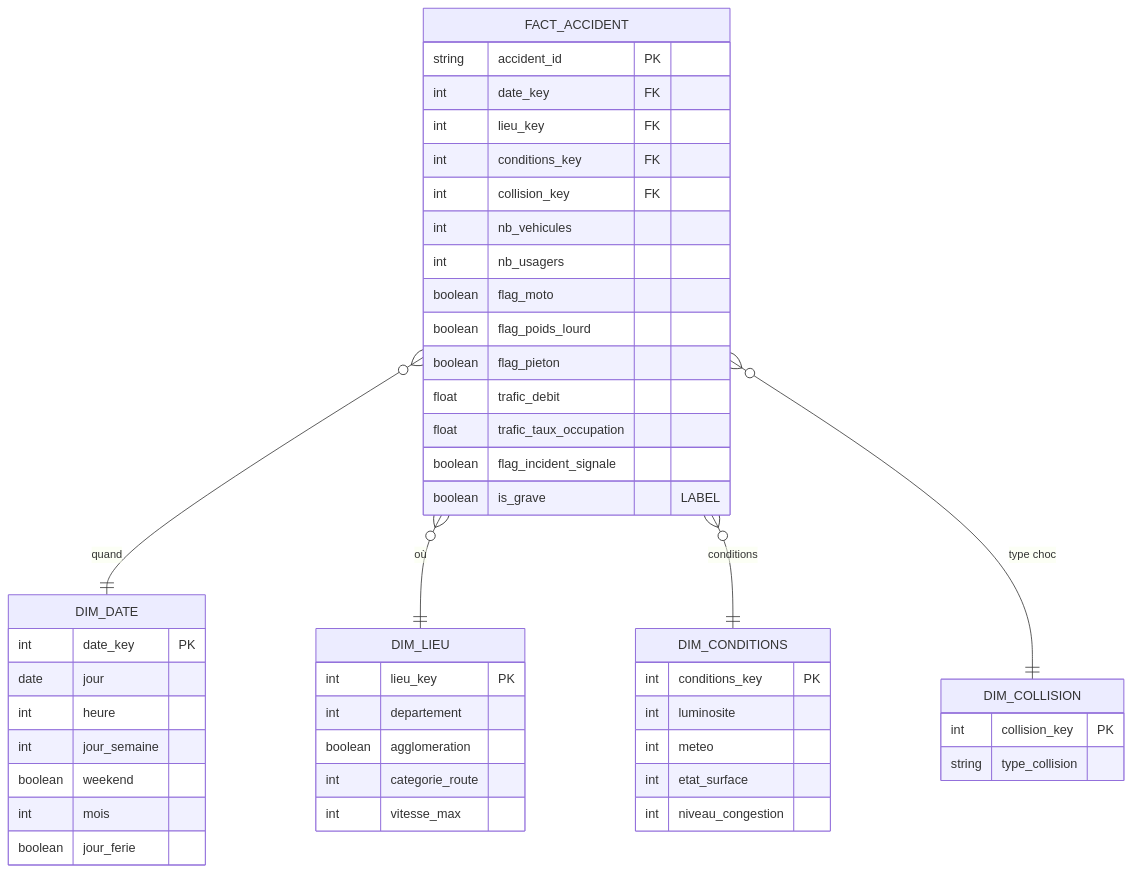
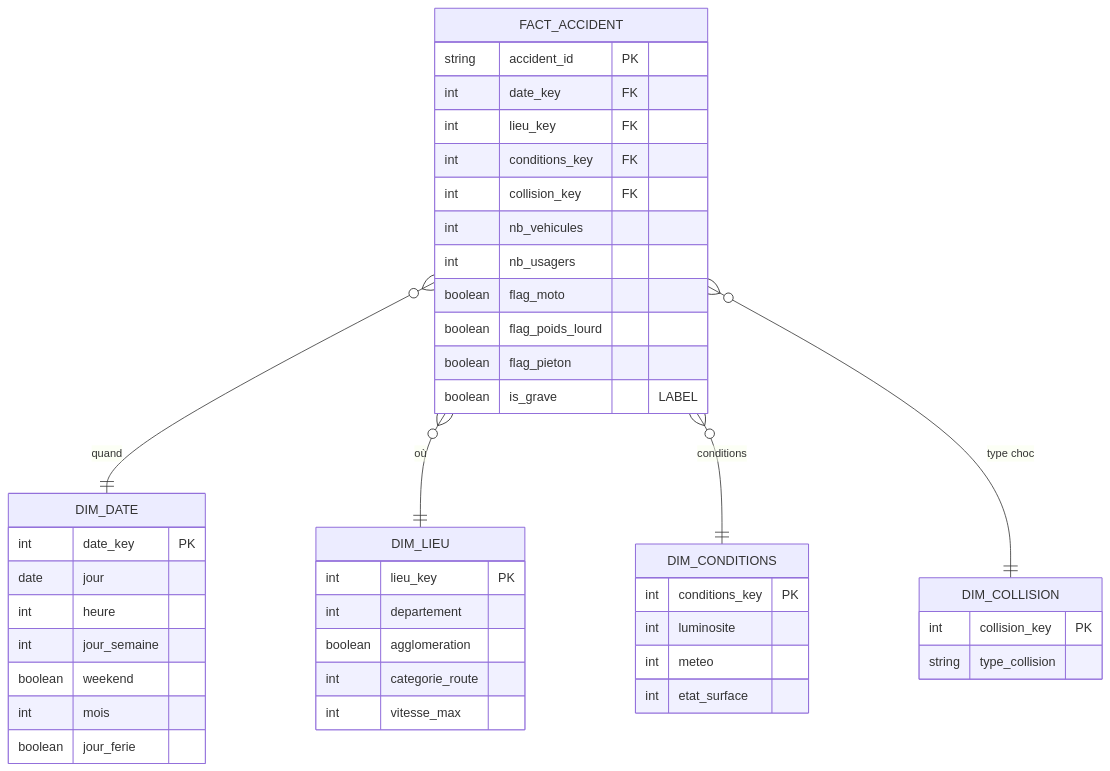
One commit to VigiRoute/gravia changed the third of 4 diagrams in docs/Architecture_GRAVIA.md. Above: the diagram before and after it, drawn with Mermaid. The commit also changed other lines of this file and 4 other files, not shown here.

````diff
--- a/docs/Architecture_GRAVIA.md
+++ b/docs/Architecture_GRAVIA.md
@@ -194,51 +193,47 @@
 ```mermaid
 erDiagram
     FACT_ACCIDENT }o--|| DIM_DATE : "quand"
     FACT_ACCIDENT }o--|| DIM_LIEU : "où"
     FACT_ACCIDENT }o--|| DIM_CONDITIONS : "conditions"
     FACT_ACCIDENT }o--|| DIM_COLLISION : "type choc"
 
     FACT_ACCIDENT {
         string accident_id PK
         int date_key FK
         int lieu_key FK
         int conditions_key FK
         int collision_key FK
         int nb_vehicules
         int nb_usagers
         boolean flag_moto
         boolean flag_poids_lourd
         boolean flag_pieton
-        float trafic_debit
-        float trafic_taux_occupation
-        boolean flag_incident_signale
         boolean is_grave "LABEL"
     }
     DIM_DATE {
         int date_key PK
         date jour
         int heure
         int jour_semaine
         boolean weekend
         int mois
         boolean jour_ferie
     }
     DIM_LIEU {
         int lieu_key PK
         int departement
         boolean agglomeration
         int categorie_route
         int vitesse_max
     }
     DIM_CONDITIONS {
         int conditions_key PK
         int luminosite
         int meteo
         int etat_surface
-        int niveau_congestion
     }
     DIM_COLLISION {
         int collision_key PK
         string type_collision
     }
 ```
````
